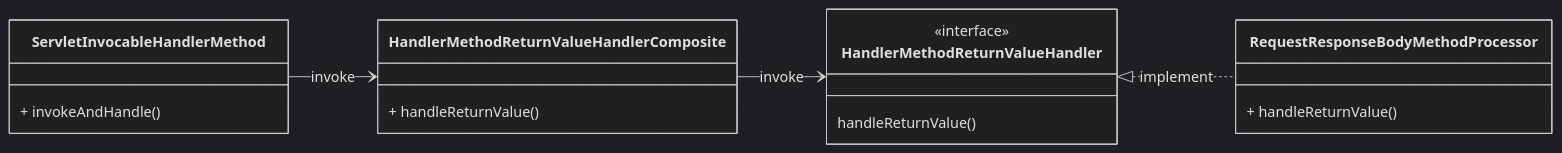
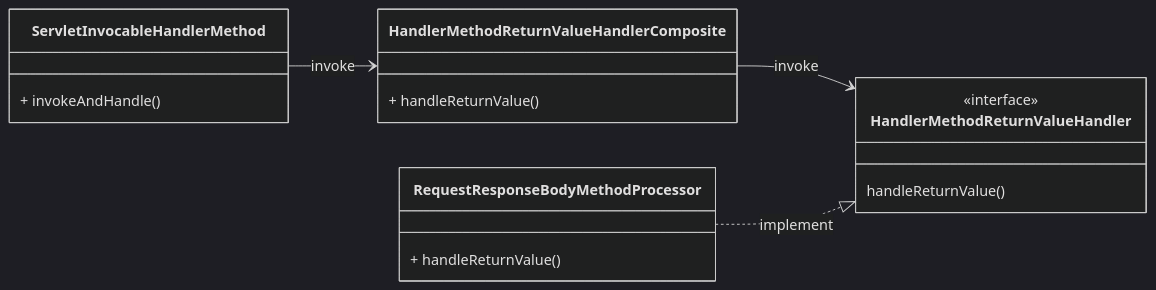
Before and after one commit to domeniczz/learnJavaDev: diagram 16 of 38 in DevTech/Spring.md, drawn with Mermaid (dark theme). The commit also changed other lines of this file and 4 other files, not shown here.

````diff
--- a/DevTech/Spring.md
+++ b/DevTech/Spring.md
@@ -6510,20 +6756,20 @@
 ```mermaid
 classDiagram
   direction LR
   class ServletInvocableHandlerMethod {
     + invokeAndHandle()
   }
   class HandlerMethodReturnValueHandlerComposite {
     + handleReturnValue()
   }
   class HandlerMethodReturnValueHandler {
     handleReturnValue()
   }
   <<interface>> HandlerMethodReturnValueHandler
   class RequestResponseBodyMethodProcessor {
     + handleReturnValue()
   }
   ServletInvocableHandlerMethod --> HandlerMethodReturnValueHandlerComposite : invoke
   HandlerMethodReturnValueHandlerComposite --> HandlerMethodReturnValueHandler : invoke
-  HandlerMethodReturnValueHandler <|.. RequestResponseBodyMethodProcessor : implement
+  RequestResponseBodyMethodProcessor ..|> HandlerMethodReturnValueHandler : implement
 ```
````
